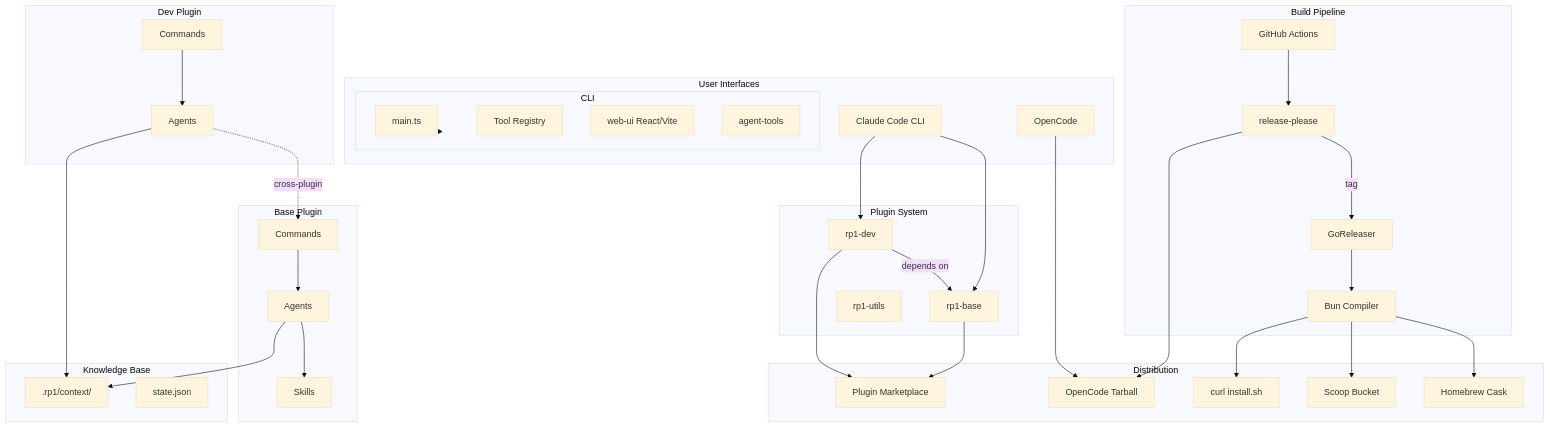
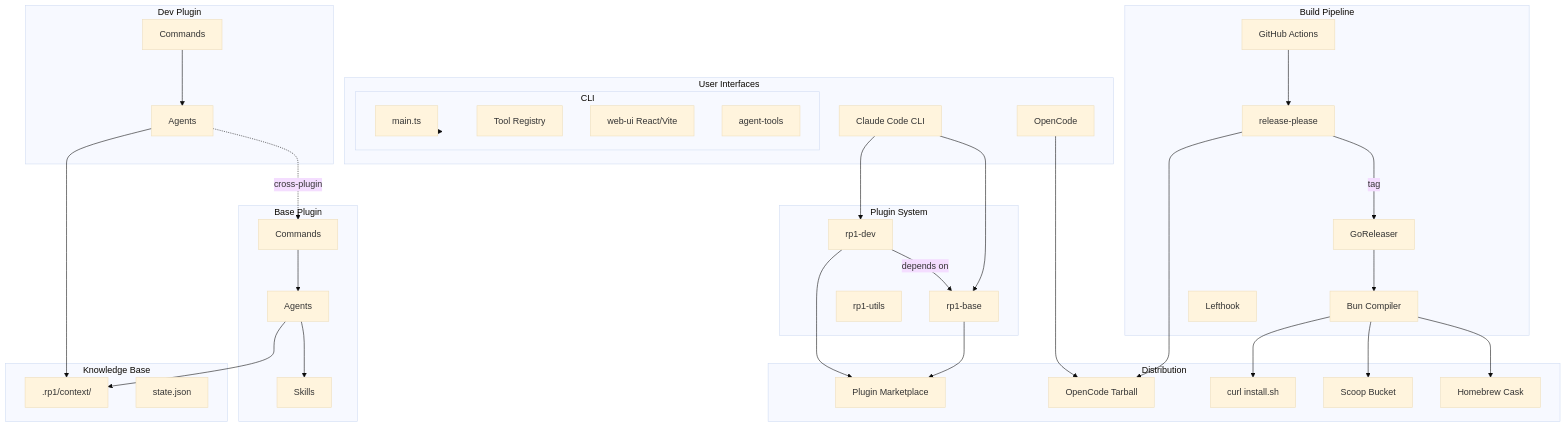
The first of 5 diagrams in .rp1/context/architecture.md (rp1-run/rp1), drawn with Mermaid (base theme) before and after one commit. The commit also changed other lines of this file and 5 other files, not shown here.

````diff
--- a/.rp1/context/architecture.md
+++ b/.rp1/context/architecture.md
@@ -9,75 +9,76 @@
 ```mermaid
 graph TB
     subgraph "User Interfaces"
         CC[Claude Code CLI]
         OC[OpenCode]
         CLI[rp1 CLI]
     end
 
     subgraph "Plugin System"
         Base[rp1-base]
         Dev[rp1-dev]
         Utils[rp1-utils]
         Dev -->|depends on| Base
     end
 
     subgraph "Base Plugin"
         BaseCmd[Commands]
         BaseAgents[Agents]
         Skills[Skills]
         BaseCmd --> BaseAgents
         BaseAgents --> Skills
     end
 
     subgraph "Dev Plugin"
         DevCmd[Commands]
         DevAgents[Agents]
         DevCmd --> DevAgents
         DevAgents -.->|cross-plugin| BaseCmd
     end
 
     subgraph "CLI"
         CLIMain[main.ts]
         ToolRegistry[Tool Registry]
         WebUI[web-ui React/Vite]
         AgentTools[agent-tools]
     end
 
     subgraph "Knowledge Base"
         KB[.rp1/context/]
         State[state.json]
     end
 
     subgraph "Build Pipeline"
         GHActions[GitHub Actions]
         RP[release-please]
         GR[GoReleaser]
         Bun[Bun Compiler]
+        Lefthook[Lefthook]
         GHActions --> RP
         RP -->|tag| GR
         GR --> Bun
     end
 
     subgraph "Distribution"
         Marketplace[Plugin Marketplace]
         Tarball[OpenCode Tarball]
         Homebrew[Homebrew Cask]
         Scoop[Scoop Bucket]
         Curl[curl install.sh]
     end
 
     CC --> Base
     CC --> Dev
     OC --> Tarball
     CLI --> CLIMain
 
     BaseAgents --> KB
     DevAgents --> KB
 
     Bun --> Homebrew
     Bun --> Scoop
     Bun --> Curl
     Base --> Marketplace
     Dev --> Marketplace
     RP --> Tarball
 ```
````
